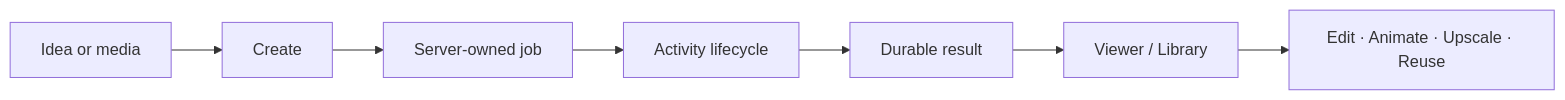
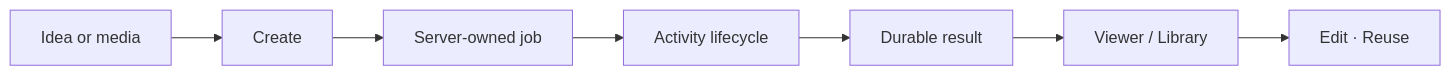
Before and after one commit to faresmohamed260/renderlab: the first of 2 diagrams in README.md, drawn with Mermaid. The commit also changed other lines of this file and 2 other files, not shown here.

````diff
--- a/README.md
+++ b/README.md
@@ -138,9 +146,9 @@
 ```mermaid
 flowchart LR
     A["Idea or media"] --> B["Create"]
     B --> C["Server-owned job"]
     C --> D["Activity lifecycle"]
     D --> E["Durable result"]
     E --> F["Viewer / Library"]
-    F --> G["Edit · Animate · Upscale · Reuse"]
+    F --> G["Edit · Reuse"]
 ```
````
